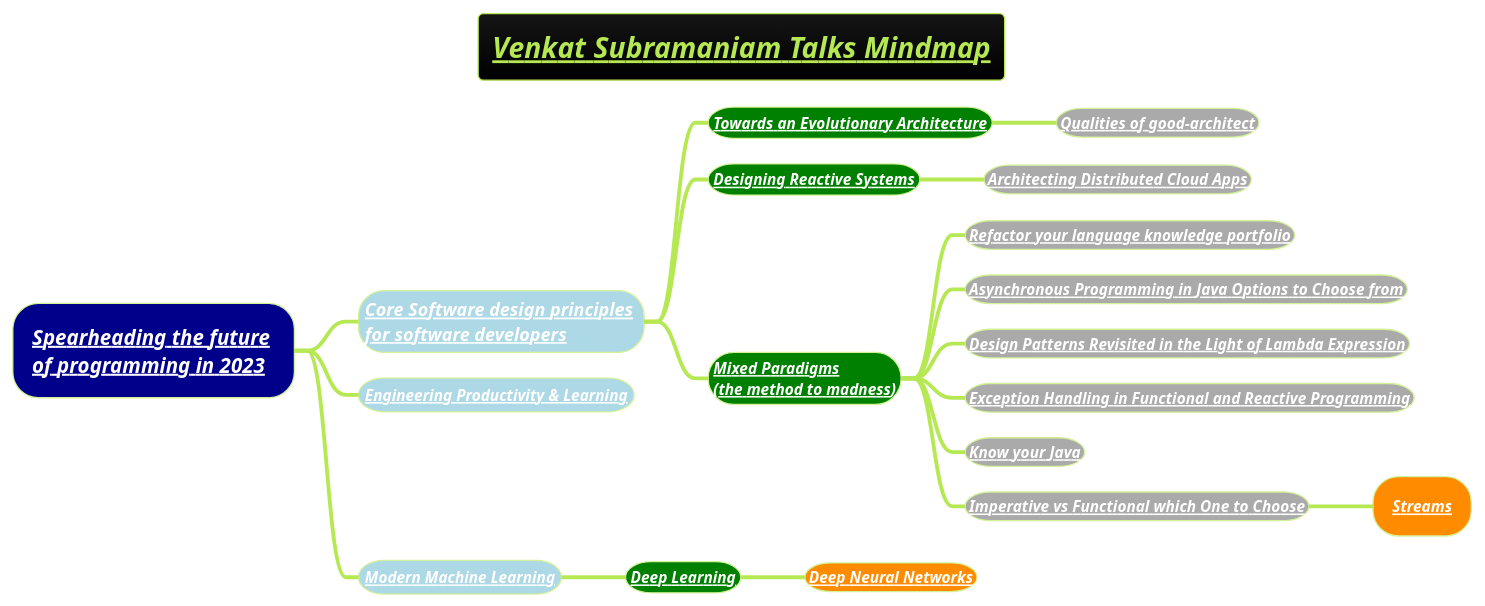
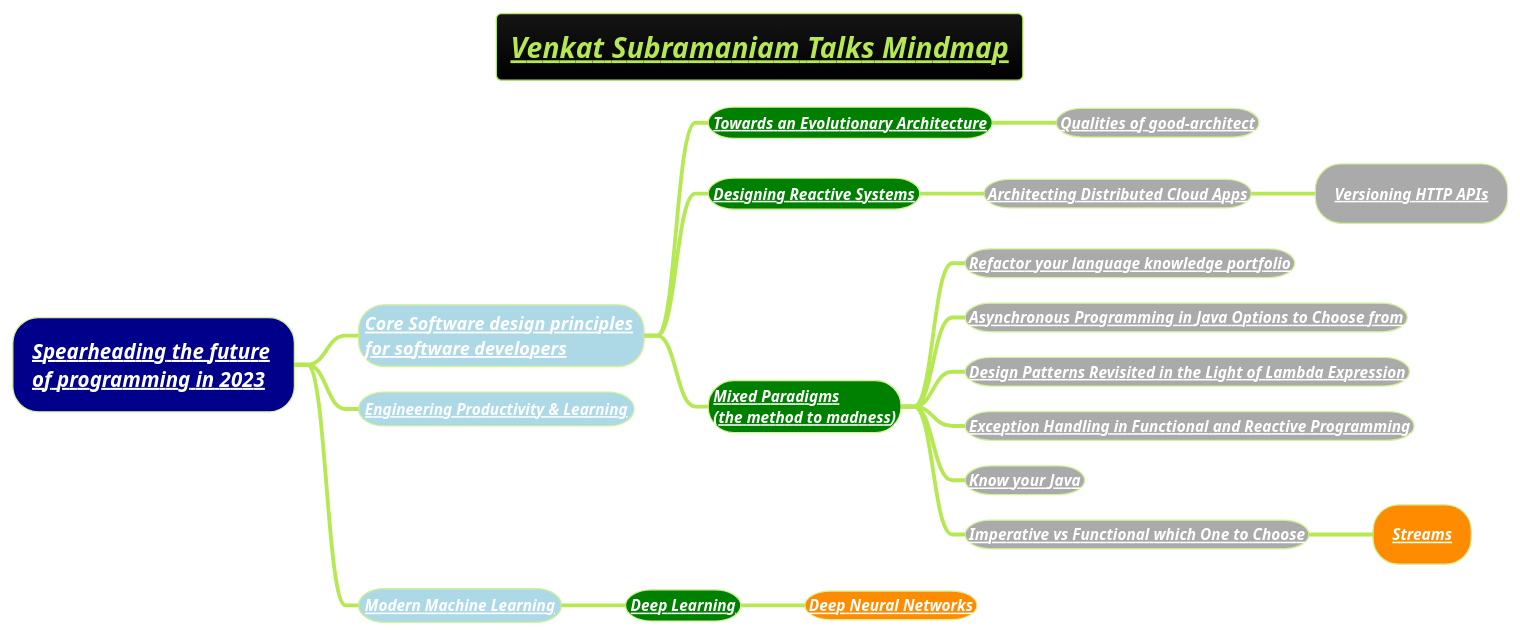
Before and after one commit to MehmoodHashmi/Documentation-as-Code-DaC: the diagram in docs/3-programming-languages/Venkat-Subramaniam/venkat-talks-mindmap.puml, drawn with PlantUML.

```diff
--- a/docs/3-programming-languages/Venkat-Subramaniam/venkat-talks-mindmap.puml
+++ b/docs/3-programming-languages/Venkat-Subramaniam/venkat-talks-mindmap.puml
@@ -1,25 +1,25 @@
 @startmindmap
 title =<i><b><u><size:18>Venkat Subramaniam Talks Mindmap
 !theme hacker
-
 
 *[#darkblue] <i><color #black>[[docs/3-programming-languages/Venkat-Subramaniam/Spearheading-the-future-of-programming-2023.puml Spearheading the future]] \n<i><color #black>[[docs/3-programming-languages/Venkat-Subramaniam/Spearheading-the-future-of-programming-2023.puml of programming in 2023]]
 **[#lightblue] <color:white><i>[[docs/3-programming-languages/Venkat-Subramaniam/Core-Software-design-principles-for-software-developers.puml Core Software design principles]] \n<color:white><i>[[docs/3-programming-languages/Venkat-Subramaniam/Core-Software-design-principles-for-software-developers.puml for software developers ]]
 ***[#green] <b><i><color #black><size:12>[[docs/3-programming-languages/Venkat-Subramaniam/Towards-an-Evolutionary-Architecture.puml Towards an Evolutionary Architecture]]
 ****[#a] <b><i><color #black><size:12>[[docs/3-programming-languages/Venkat-Subramaniam/Qualities-of-good-architect.puml Qualities of good-architect]]
 ***[#green] <b><i><color #black><size:12>[[docs/3-programming-languages/Venkat-Subramaniam/Designing-Reactive-Systems.puml Designing Reactive Systems]]
 ****[#a] <b><i><color #black><size:12>[[docs/3-programming-languages/Venkat-Subramaniam/Architecting-Distributed-Cloud-Apps.puml Architecting Distributed Cloud Apps]]
+*****[#a] <b><i><color #black><size:12>[[docs/3-programming-languages/Venkat-Subramaniam/Architecting-Distributed-Cloud-Apps.puml Versioning HTTP APIs]]
 ***[#green] <b><i><color #black><size:12>[[docs/3-programming-languages/Venkat-Subramaniam/mixed-paradigms-(the-method-to-madness).puml Mixed Paradigms]] \n<b><i><color #black><size:12>[[docs/3-programming-languages/Venkat-Subramaniam/mixed-paradigms-(the-method-to-madness).puml (the method to madness)]]
 ****[#a] <b><i><color #black><size:12>[[docs/3-programming-languages/Venkat-Subramaniam/Refactor-your-language-knowledge-portfolio-(we-are-what-we-can-code-in).puml Refactor your language knowledge portfolio]]
 ****[#a] <b><i><color #black><size:12>[[docs/3-programming-languages/Venkat-Subramaniam/Asynchronous-Programming-in-Java-Options-to-Choose-from.puml Asynchronous Programming in Java Options to Choose from]]
 ****[#a] <b><i><color #black><size:12>[[docs/3-programming-languages/Venkat-Subramaniam/Design-Patterns-revisited-in-the-Light-of-Lambda-Expression.puml Design Patterns Revisited in the Light of Lambda Expression]]
 ****[#a] <b><i><color #black><size:12>[[docs/3-programming-languages/Venkat-Subramaniam/Exception-Handling-in-Functional-and-Reactive-Programming.puml Exception Handling in Functional and Reactive Programming]]
 ****[#a] <b><i><color #black><size:12>[[docs/3-programming-languages/Venkat-Subramaniam/Know-your-java-venkat.puml Know your Java]]
 ****[#a] <b><i><color #black><size:12>[[docs/3-programming-languages/Venkat-Subramaniam/Imperative-vs-Functional-Which-one-to-Choose.puml Imperative vs Functional which One to Choose]]
 *****[#darkorange] <b><i><color #black><size:12>[[docs/3-programming-languages/Venkat-Subramaniam/Streams.puml Streams]]
 **[#lightblue] <b><i><color #black><size:12>[[docs/3-programming-languages/Venkat-Subramaniam/Engineering-Productivity-and-Learning.puml Engineering Productivity & Learning]]
 **[#lightblue] <b><i><color #black><size:12>[[docs/AI-ML-DL-Data-Science-and-BigData/machine-learning-ML/Modern-Machine-Learning.puml Modern Machine Learning]]
 ***[#green] <b><i><color #black><size:12>[[docs/AI-ML-DL-Data-Science-and-BigData/machine-learning-ML/3-deep-learning-DL/Deep-Learning.puml Deep Learning]]
 ****[#darkorange] <b><i><color #black><size:12>[[docs/AI-ML-DL-Data-Science-and-BigData/machine-learning-ML/3-deep-learning-DL/Neural-Network-Architecture.puml Deep Neural Networks]]
 
 @endmindmap
```
